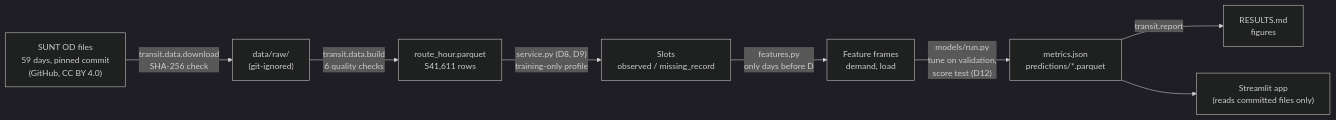
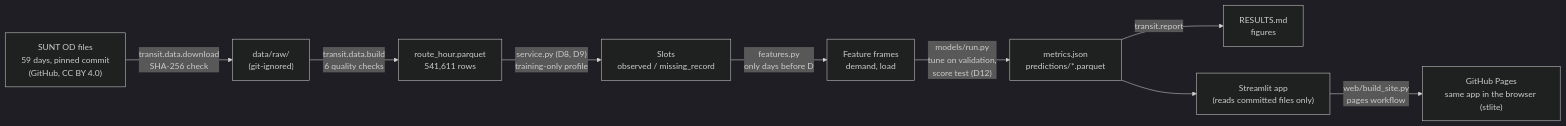
One commit to jayvaghela779/cs3011-public-transport-demand-occupancy changed the diagram in docs/ARCHITECTURE.md. Above: the diagram before and after it, drawn with Mermaid (dark theme). The commit also changed other lines of this file and 6 other files, not shown here.

First line of the commit message:
Docs: describe the GitHub Pages deployment; drop the Streamlit Cloud plan

````diff
--- a/docs/ARCHITECTURE.md
+++ b/docs/ARCHITECTURE.md
@@ -5,10 +5,11 @@
 ```mermaid
 flowchart LR
     A["SUNT OD files<br/>59 days, pinned commit<br/>(GitHub, CC BY 4.0)"] -->|"transit.data.download<br/>SHA-256 check"| B["data/raw/<br/>(git-ignored)"]
     B -->|"transit.data.build<br/>6 quality checks"| C["route_hour.parquet<br/>541,611 rows"]
     C -->|"service.py (D8, D9)<br/>training-only profile"| D["Slots<br/>observed / missing_record"]
     D -->|"features.py<br/>only days before D"| E["Feature frames<br/>demand, load"]
     E -->|"models/run.py<br/>tune on validation,<br/>score test (D12)"| F["metrics.json<br/>predictions/*.parquet"]
     F -->|"transit.report"| G["RESULTS.md<br/>figures"]
     F --> H["Streamlit app<br/>(reads committed files only)"]
+    H -->|"web/build_site.py<br/>pages workflow"| I["GitHub Pages<br/>same app in the browser (stlite)"]
 ```
````
